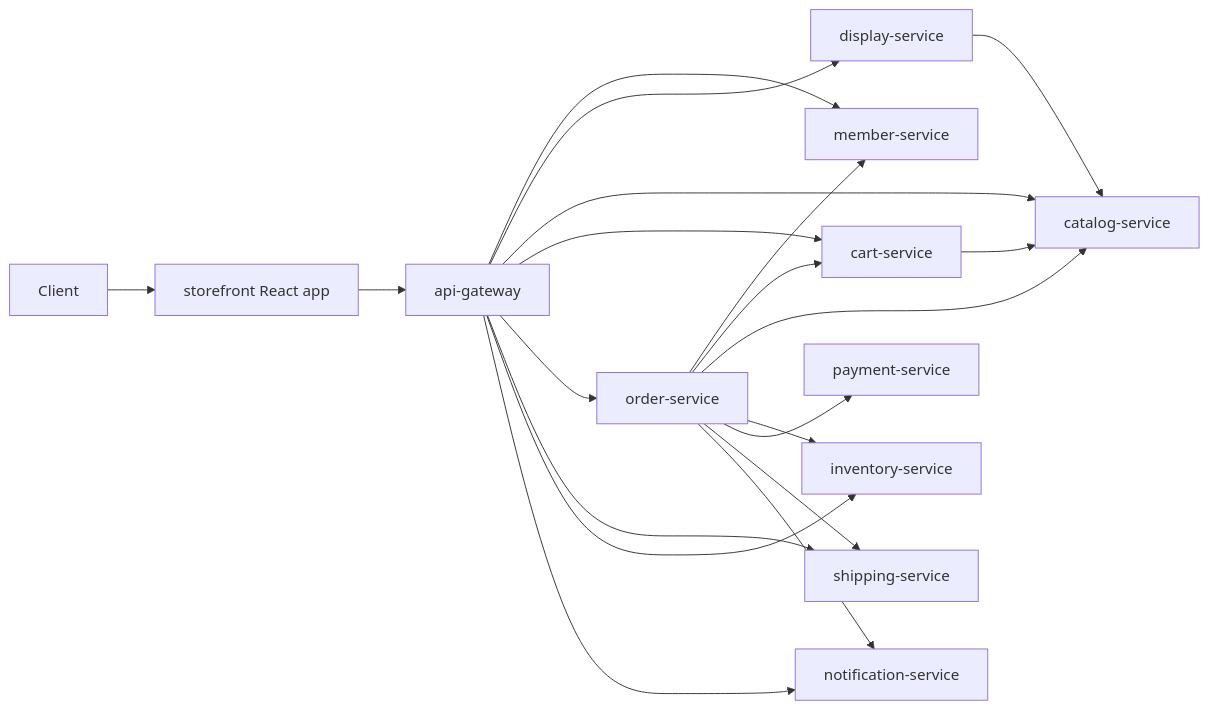
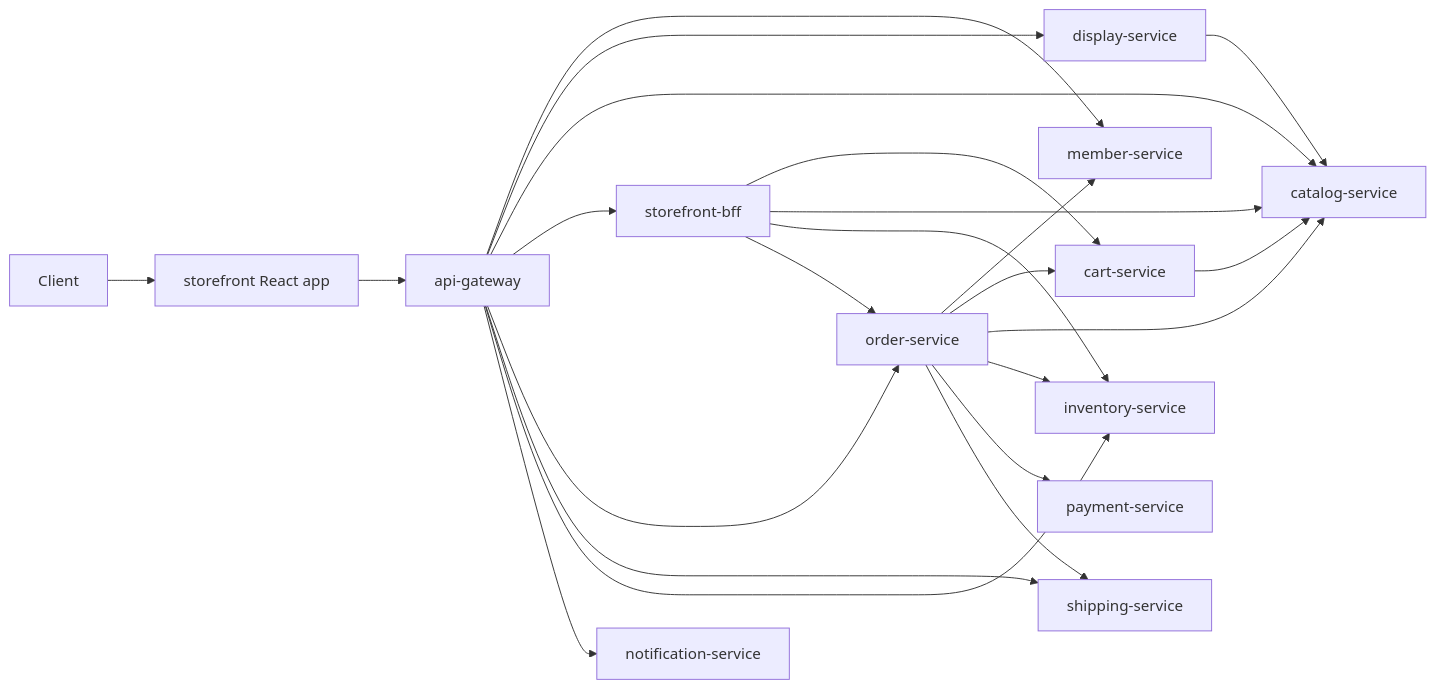
Before and after one commit to impati/commerce: the first of 3 diagrams in docs/architecture.md, drawn with Mermaid. The commit also changed other lines of this file and 57 other files, not shown here.

````diff
--- a/docs/architecture.md
+++ b/docs/architecture.md
@@ -5,23 +5,26 @@
 ```mermaid
 flowchart LR
     Client[Client] --> Storefront[storefront React app]
     Storefront --> Gateway[api-gateway]
     Gateway --> Member[member-service]
     Gateway --> Display[display-service]
     Gateway --> Catalog[catalog-service]
-    Gateway --> Cart[cart-service]
+    Gateway --> BFF[storefront-bff]
+    BFF --> Cart[cart-service]
+    BFF --> Catalog
+    BFF --> Inventory
+    BFF --> Order
     Gateway --> Order[order-service]
     Gateway --> Shipping[shipping-service]
     Gateway --> Inventory[inventory-service]
     Gateway --> Notification[notification-service]
 
     Display --> Catalog
     Cart --> Catalog
     Order --> Member
     Order --> Cart
     Order --> Catalog
     Order --> Inventory
     Order --> Payment[payment-service]
     Order --> Shipping
-    Order --> Notification
 ```
````
